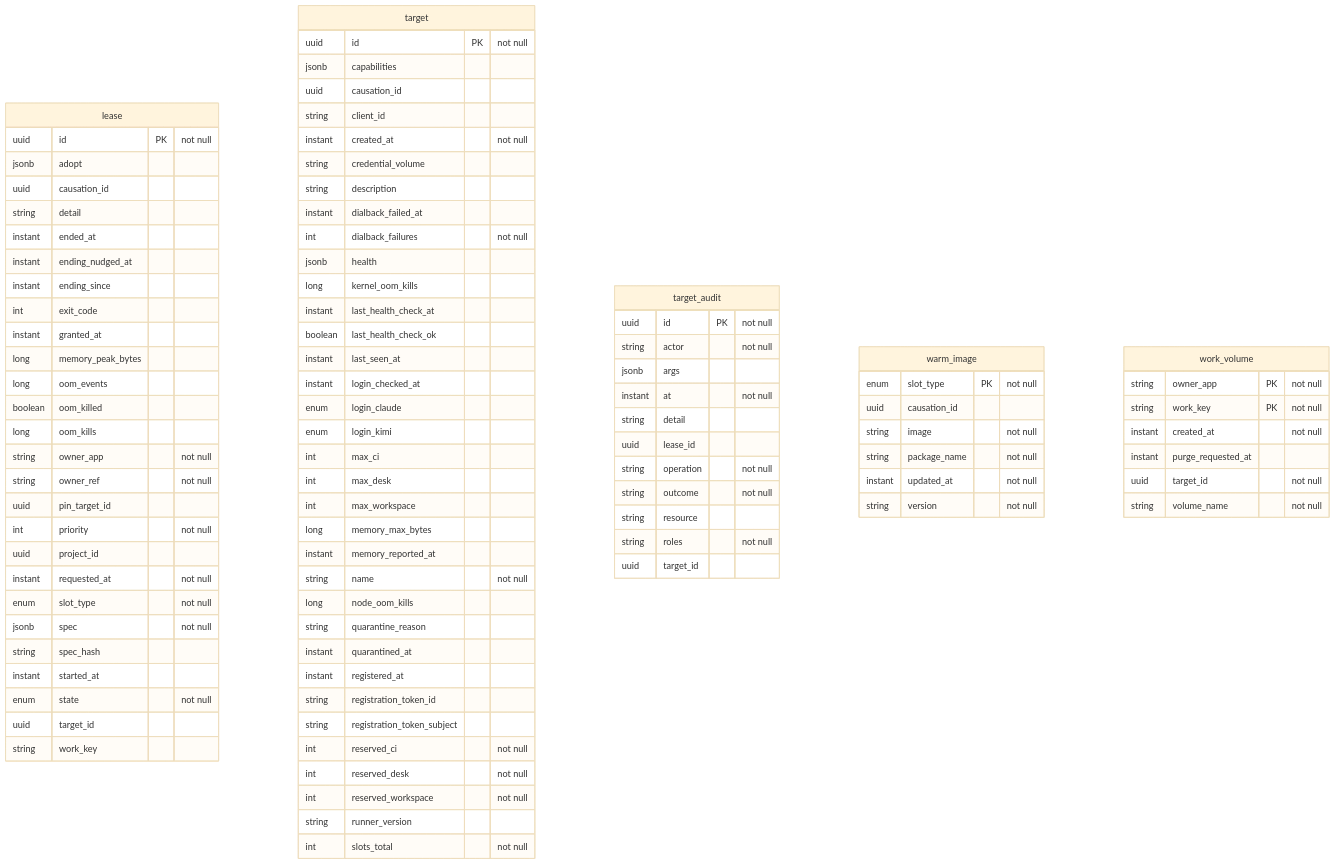
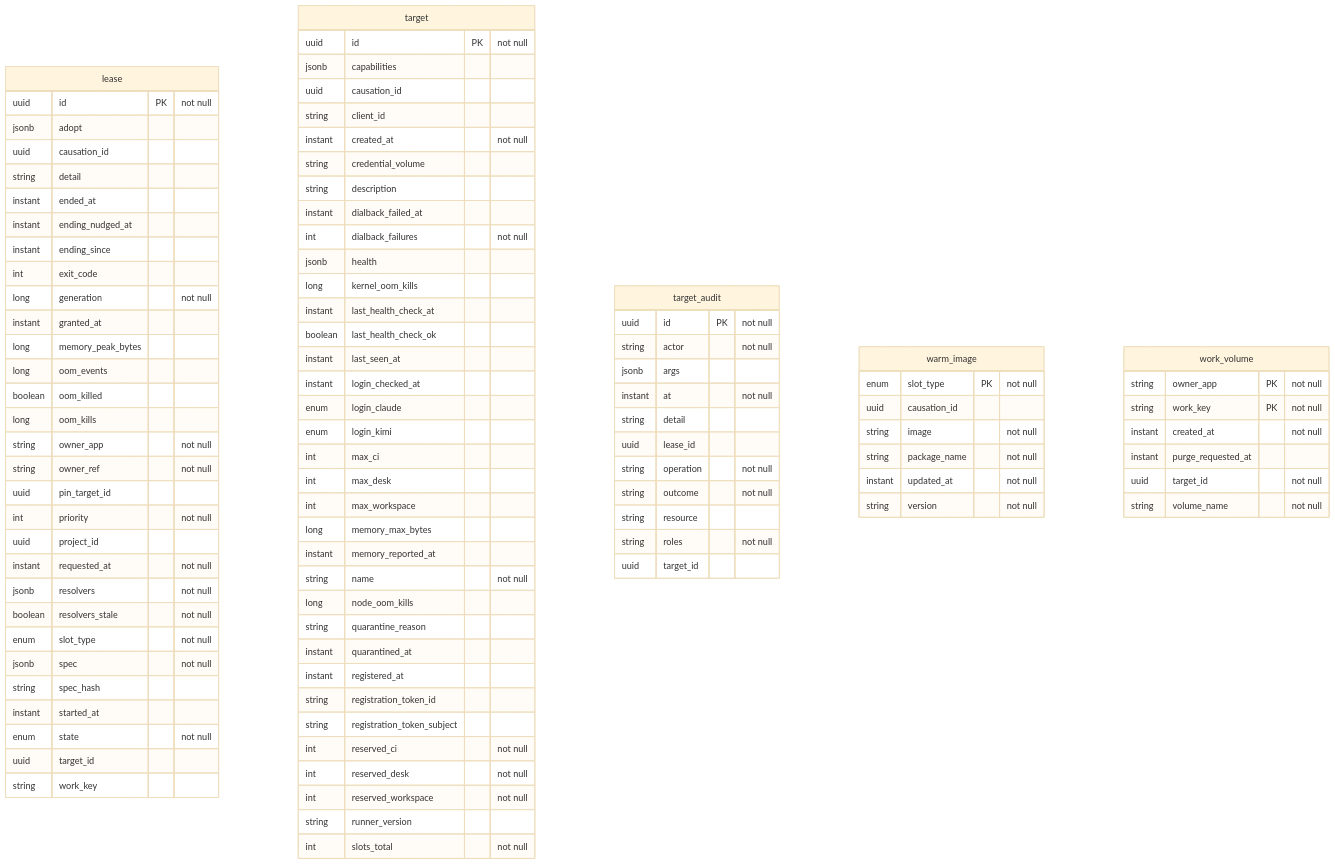
Before and after one commit to QuicklyIterateTheSoftware/qits-system-service: the diagram in docs/database/system.md, drawn with Mermaid (base theme).

Commit message:
chore(qits-2090): update entity diagram

```diff
--- a/docs/database/system.md
+++ b/docs/database/system.md
@@ -15,6 +15,7 @@
     instant ending_nudged_at
     instant ending_since
     int exit_code
+    long generation "not null"
     instant granted_at
     long memory_peak_bytes
     long oom_events
@@ -26,6 +27,8 @@
     int priority "not null"
     uuid project_id
     instant requested_at "not null"
+    jsonb resolvers "not null"
+    boolean resolvers_stale "not null"
     enum slot_type "not null"
     jsonb spec "not null"
     string spec_hash
```
